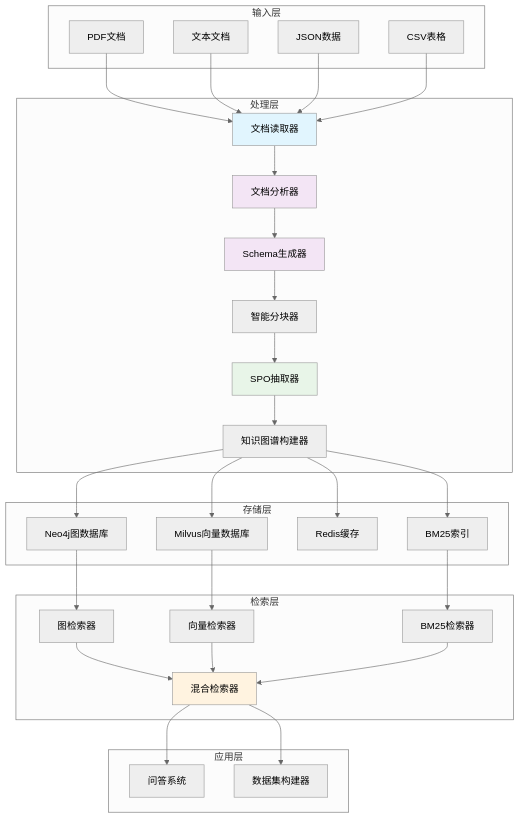
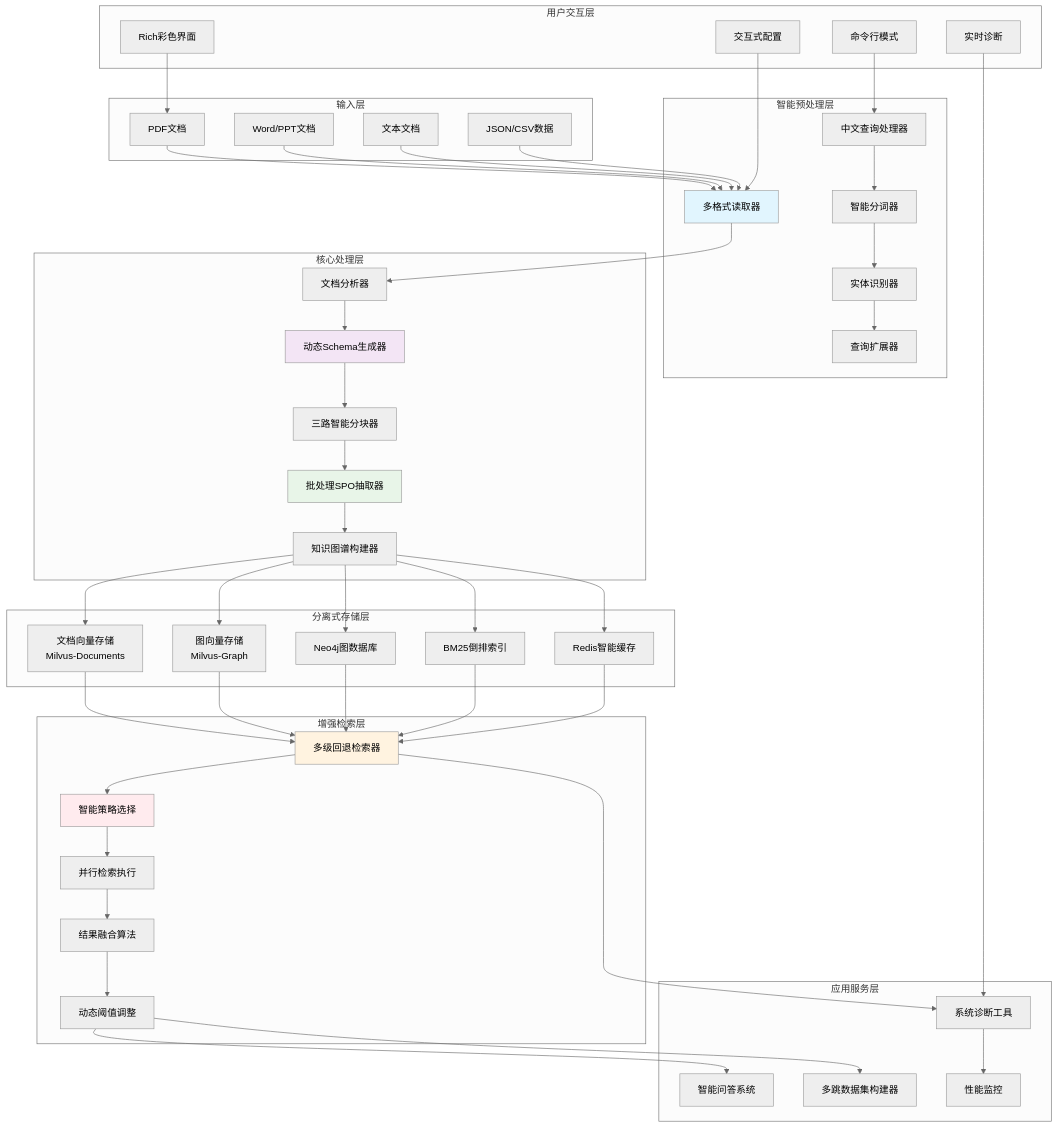
Before and after one commit to DemonDamon/AgenticX-GraphRAG: the sixth of 14 diagrams in README.md, drawn with Mermaid (neutral theme). The commit also changed other lines of this file, not shown here.

````diff
--- a/README.md
+++ b/README.md
@@ -395,69 +395,103 @@
 ```mermaid
 graph TB
+    subgraph "用户交互层"
+        UI1[Rich彩色界面]
+        UI2[交互式配置]
+        UI3[命令行模式]
+        UI4[实时诊断]
+    end
+    
     subgraph "输入层"
         A[PDF文档] 
-        B[文本文档]
-        C[JSON数据]
-        D[CSV表格]
+        B[Word/PPT文档]
+        C[文本文档]
+        D[JSON/CSV数据]
     end
     
-    subgraph "处理层"
-        E[文档读取器]
-        F[文档分析器]
-        G[Schema生成器]
-        H[智能分块器]
-        I[SPO抽取器]
-        J[知识图谱构建器]
+    subgraph "智能预处理层"
+        E[多格式读取器]
+        F[中文查询处理器]
+        G[智能分词器]
+        H[实体识别器]
+        I[查询扩展器]
     end
     
-    subgraph "存储层"
-        K[Neo4j图数据库]
-        L[Milvus向量数据库]
-        M[Redis缓存]
-        N[BM25索引]
+    subgraph "核心处理层"
+        J[文档分析器]
+        K[动态Schema生成器]
+        L[三路智能分块器]
+        M[批处理SPO抽取器]
+        N[知识图谱构建器]
     end
     
-    subgraph "检索层"
-        O[图检索器]
-        P[向量检索器]
-        Q[BM25检索器]
-        R[混合检索器]
+    subgraph "分离式存储层"
+        O1[文档向量存储<br/>Milvus-Documents]
+        O2[图向量存储<br/>Milvus-Graph]
+        P[Neo4j图数据库]
+        Q[BM25倒排索引]
+        R[Redis智能缓存]
     end
     
-    subgraph "应用层"
-        S[问答系统]
-        T[数据集构建器]
+    subgraph "增强检索层"
+        S[多级回退检索器]
+        T[智能策略选择]
+        U[并行检索执行]
+        V[结果融合算法]
+        W[动态阈值调整]
     end
+    
+    subgraph "应用服务层"
+        X[智能问答系统]
+        Y[多跳数据集构建器]
+        Z[系统诊断工具]
+        AA[性能监控]
+    end
+    
+    UI1 --> A
+    UI2 --> E
+    UI3 --> F
+    UI4 --> Z
     
     A --> E
     B --> E
     C --> E
     D --> E
     
-    E --> F
+    E --> J
     F --> G
     G --> H
     H --> I
-    I --> J
     
     J --> K
-    J --> L
-    J --> M
-    J --> N
+    K --> L
+    L --> M
+    M --> N
     
-    K --> O
-    L --> P
+    N --> O1
+    N --> O2
+    N --> P
     N --> Q
-    O --> R
-    P --> R
-    Q --> R
+    N --> R
     
+    O1 --> S
+    O2 --> S
+    P --> S
+    Q --> S
     R --> S
-    R --> T
+    
+    S --> T
+    T --> U
+    U --> V
+    V --> W
+    
+    W --> X
+    W --> Y
+    S --> Z
+    Z --> AA
     
     style E fill:#e1f5fe
-    style F fill:#f3e5f5
-    style G fill:#f3e5f5
-    style I fill:#e8f5e8
-    style R fill:#fff3e0
+    style K fill:#f3e5f5
+    style M fill:#e8f5e8
+    style S fill:#fff3e0
+    style T fill:#ffebee
 ```
````
